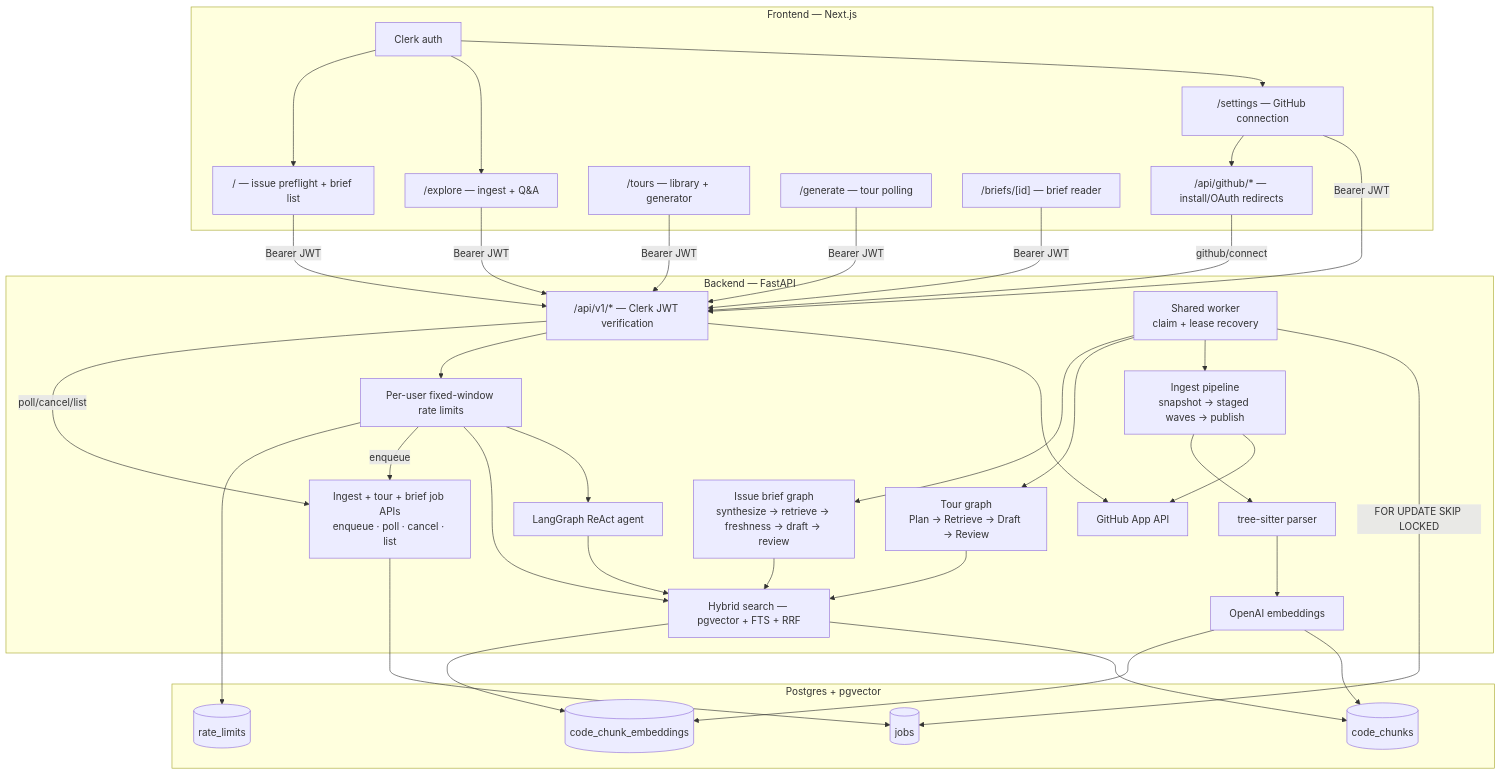
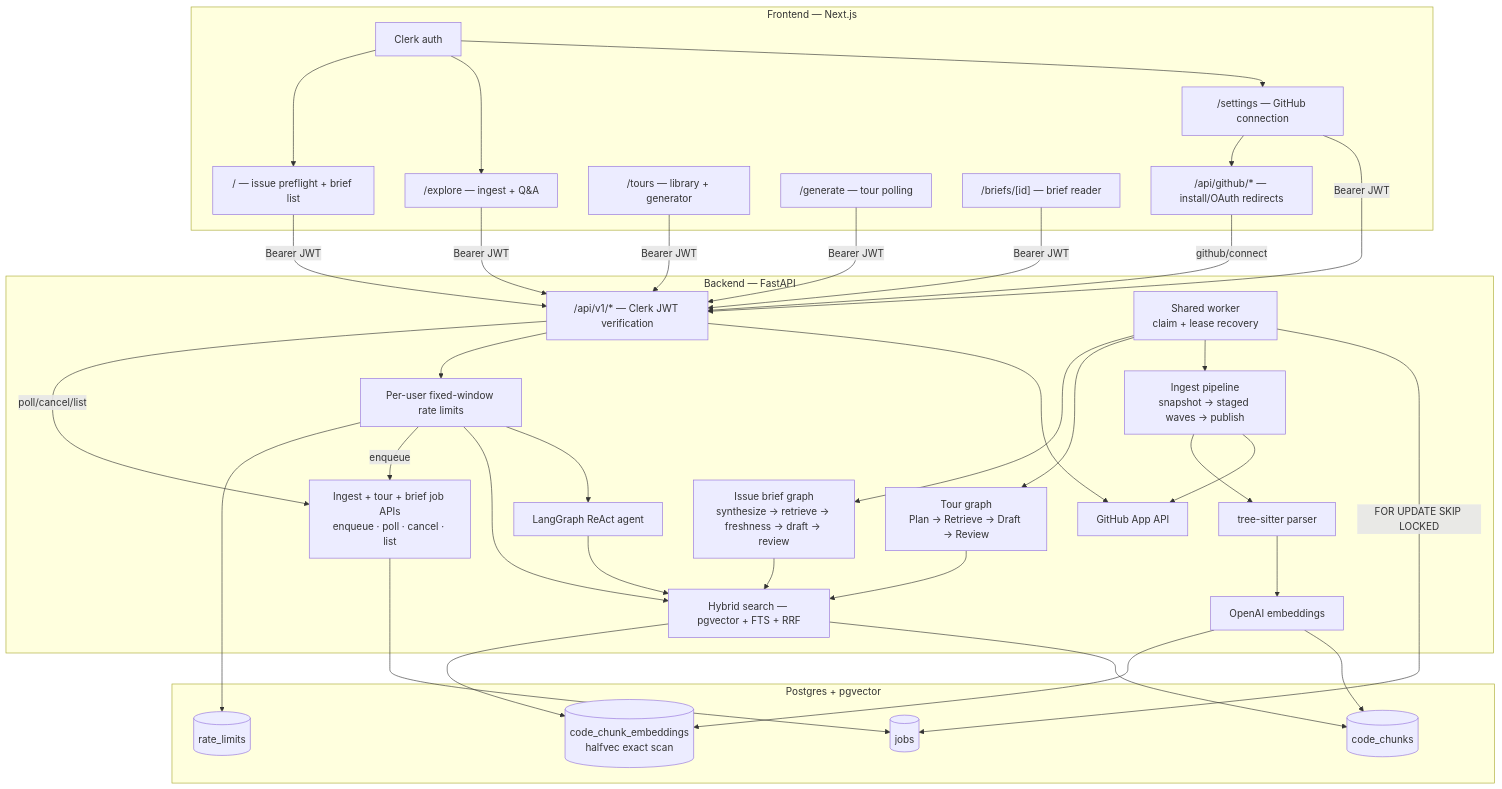
Before and after one commit to jballo/camino: the second of 3 diagrams in README.md, drawn with Mermaid. The commit also changed other lines of this file and 9 other files, not shown here.

````diff
--- a/README.md
+++ b/README.md
@@ -92,67 +92,67 @@
 ```mermaid
 flowchart TB
   subgraph frontend [Frontend — Next.js]
     Clerk[Clerk auth]
     Settings["/settings — GitHub connection"]
     Explore["/explore — ingest + Q&A"]
     Home["/ — issue preflight + brief list"]
     TourUI["/tours — library + generator"]
     GenerateUI["/generate — tour polling"]
     BriefUI["/briefs/[id] — brief reader"]
     GithubRoutes["/api/github/* — install/OAuth redirects"]
   end
 
   subgraph backend [Backend — FastAPI]
     API["/api/v1/* — Clerk JWT verification"]
     GH[GitHub App API]
     Ingest["Ingest pipeline<br/>snapshot → staged waves → publish"]
     Parser[tree-sitter parser]
     Embed[OpenAI embeddings]
     Search[Hybrid search — pgvector + FTS + RRF]
     Agent[LangGraph ReAct agent]
     JobAPIs["Ingest + tour + brief job APIs<br/>enqueue · poll · cancel · list"]
     Worker["Shared worker<br/>claim + lease recovery"]
     TourGraph["Tour graph<br/>Plan → Retrieve → Draft → Review"]
     BriefGraph["Issue brief graph<br/>synthesize → retrieve → freshness → draft → review"]
     Limits["Per-user fixed-window rate limits"]
   end
 
   subgraph data [Postgres + pgvector]
     Chunks[(code_chunks)]
-    Vectors[(code_chunk_embeddings)]
+    Vectors[(code_chunk_embeddings<br/>halfvec exact scan)]
     Jobs[(jobs)]
     Counters[(rate_limits)]
   end
 
   Clerk --> Settings
   Clerk --> Explore
   Clerk --> Home
   Settings -->|"Bearer JWT"| API
   Explore -->|"Bearer JWT"| API
   Home -->|"Bearer JWT"| API
   TourUI -->|"Bearer JWT"| API
   GenerateUI -->|"Bearer JWT"| API
   BriefUI -->|"Bearer JWT"| API
   Settings --> GithubRoutes
   GithubRoutes -->|github/connect| API
   API --> GH
   API --> Limits
   Limits --> Agent
   Limits --> Search
   Limits -->|enqueue| JobAPIs
   API -->|poll/cancel/list| JobAPIs
   Limits --> Counters
   Ingest --> GH
   Ingest --> Parser --> Embed --> Chunks
   Embed --> Vectors
   Agent --> Search
   JobAPIs --> Jobs
   Worker -->|"FOR UPDATE SKIP LOCKED"| Jobs
   Worker --> Ingest
   Worker --> TourGraph
   Worker --> BriefGraph
   TourGraph --> Search
   BriefGraph --> Search
   Search --> Chunks
   Search --> Vectors
 ```
````
